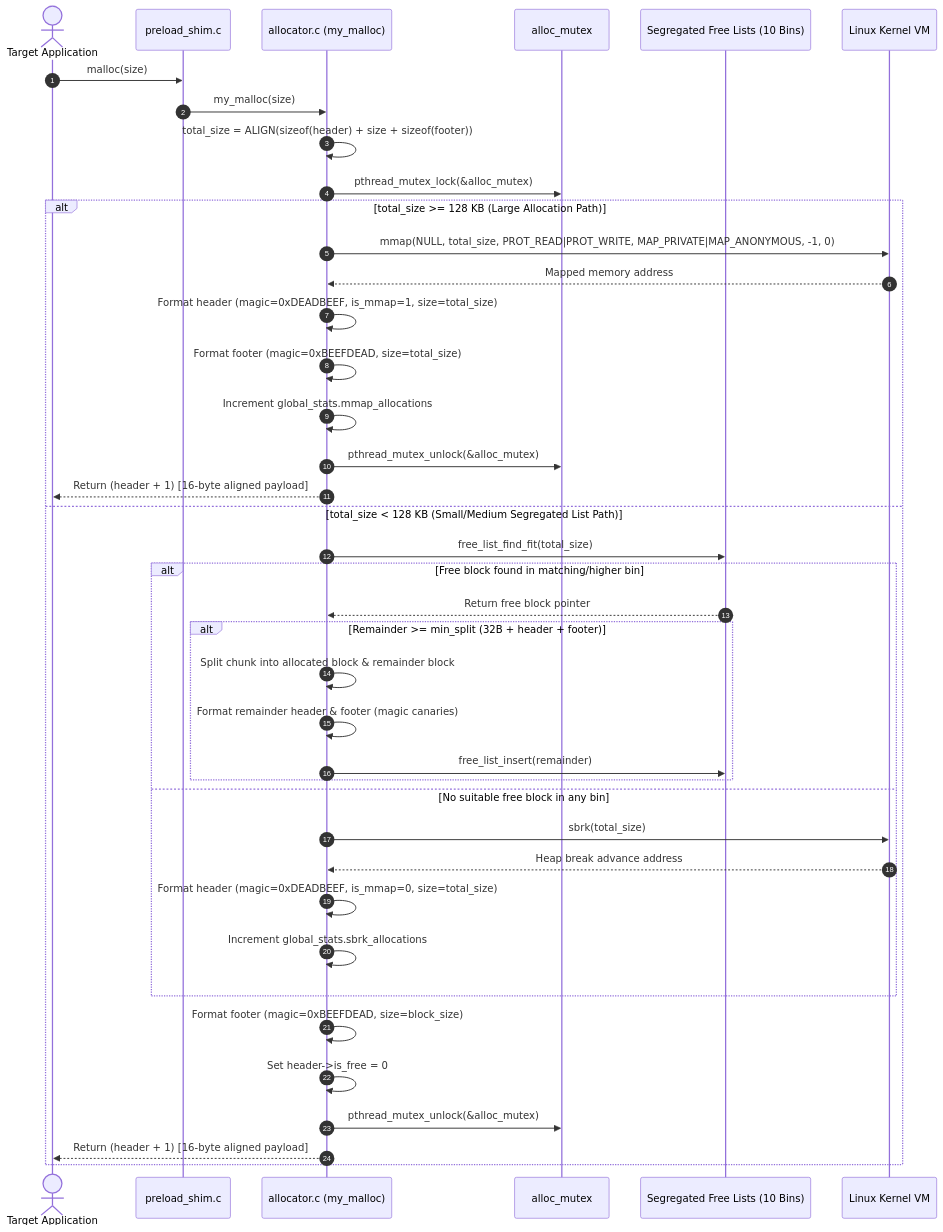
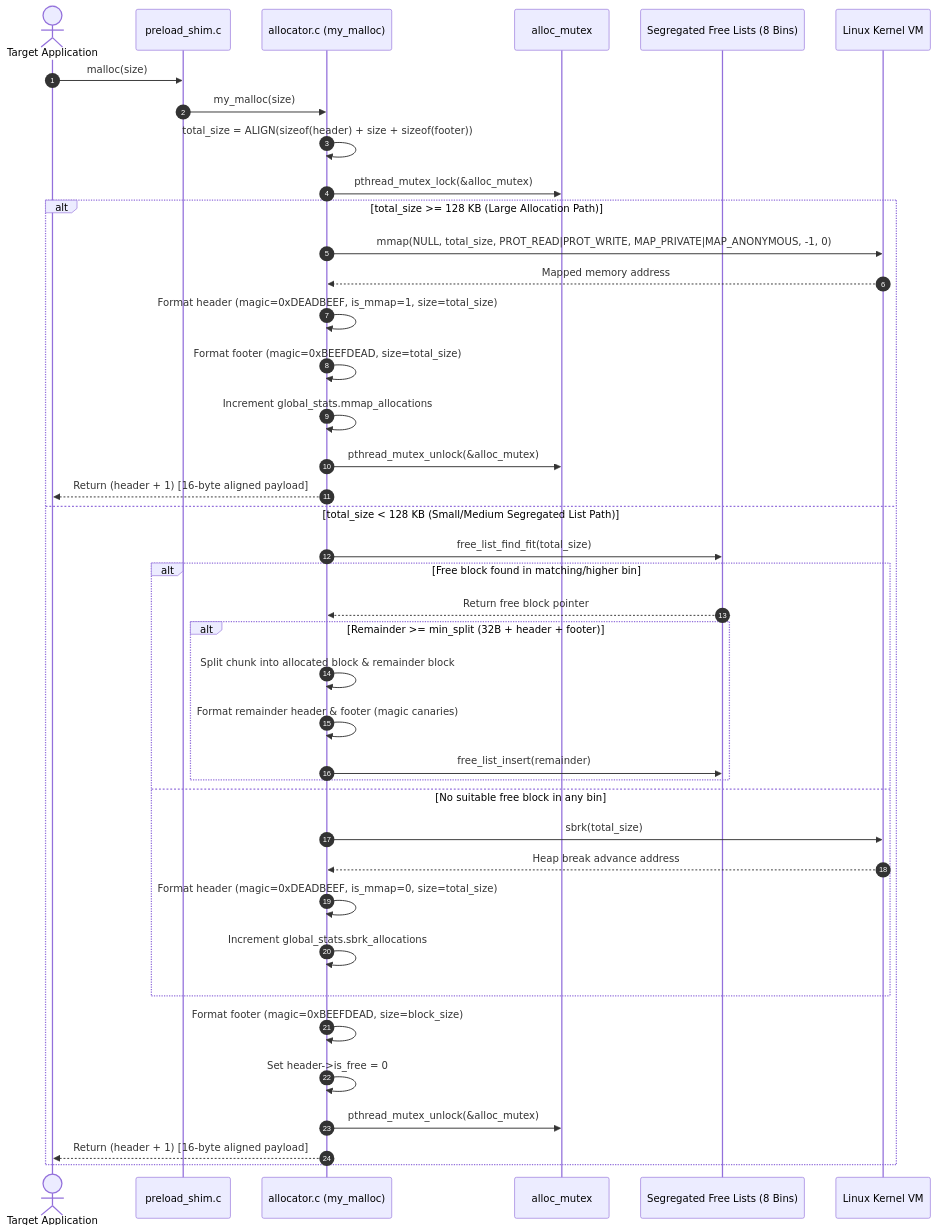
The second of 4 diagrams in docs/architecture/data-flow.md (tejaswin-amara/Linux-Dynamic-Memory-Allocation-and-Memory-Monitoring-System), drawn with Mermaid before and after one commit.

Commit message:
docs(architecture): correct allocator bin count

````diff
--- a/docs/architecture/data-flow.md
+++ b/docs/architecture/data-flow.md
@@ -70,48 +70,48 @@
 ```mermaid
 sequenceDiagram
     autonumber
     actor App as Target Application
     participant Shim as preload_shim.c
     participant Alloc as allocator.c (my_malloc)
     participant Mutex as alloc_mutex
-    participant Bins as Segregated Free Lists (10 Bins)
+    participant Bins as Segregated Free Lists (8 Bins)
     participant Kernel as Linux Kernel VM
 
     App->>Shim: malloc(size)
     Shim->>Alloc: my_malloc(size)
     Alloc->>Alloc: total_size = ALIGN(sizeof(header) + size + sizeof(footer))
 
     Alloc->>Mutex: pthread_mutex_lock(&alloc_mutex)
 
     alt total_size >= 128 KB (Large Allocation Path)
         Alloc->>Kernel: mmap(NULL, total_size, PROT_READ|PROT_WRITE, MAP_PRIVATE|MAP_ANONYMOUS, -1, 0)
         Kernel-->>Alloc: Mapped memory address
         Alloc->>Alloc: Format header (magic=0xDEADBEEF, is_mmap=1, size=total_size)
         Alloc->>Alloc: Format footer (magic=0xBEEFDEAD, size=total_size)
         Alloc->>Alloc: Increment global_stats.mmap_allocations
         Alloc->>Mutex: pthread_mutex_unlock(&alloc_mutex)
         Alloc-->>App: Return (header + 1) [16-byte aligned payload]
 
     else total_size < 128 KB (Small/Medium Segregated List Path)
         Alloc->>Bins: free_list_find_fit(total_size)
         
         alt Free block found in matching/higher bin
             Bins-->>Alloc: Return free block pointer
             alt Remainder >= min_split (32B + header + footer)
                 Alloc->>Alloc: Split chunk into allocated block & remainder block
                 Alloc->>Alloc: Format remainder header & footer (magic canaries)
                 Alloc->>Bins: free_list_insert(remainder)
             end
         else No suitable free block in any bin
             Alloc->>Kernel: sbrk(total_size)
             Kernel-->>Alloc: Heap break advance address
             Alloc->>Alloc: Format header (magic=0xDEADBEEF, is_mmap=0, size=total_size)
             Alloc->>Alloc: Increment global_stats.sbrk_allocations
         end
 
         Alloc->>Alloc: Format footer (magic=0xBEEFDEAD, size=block_size)
         Alloc->>Alloc: Set header->is_free = 0
         Alloc->>Mutex: pthread_mutex_unlock(&alloc_mutex)
         Alloc-->>App: Return (header + 1) [16-byte aligned payload]
     end
 ```
````
